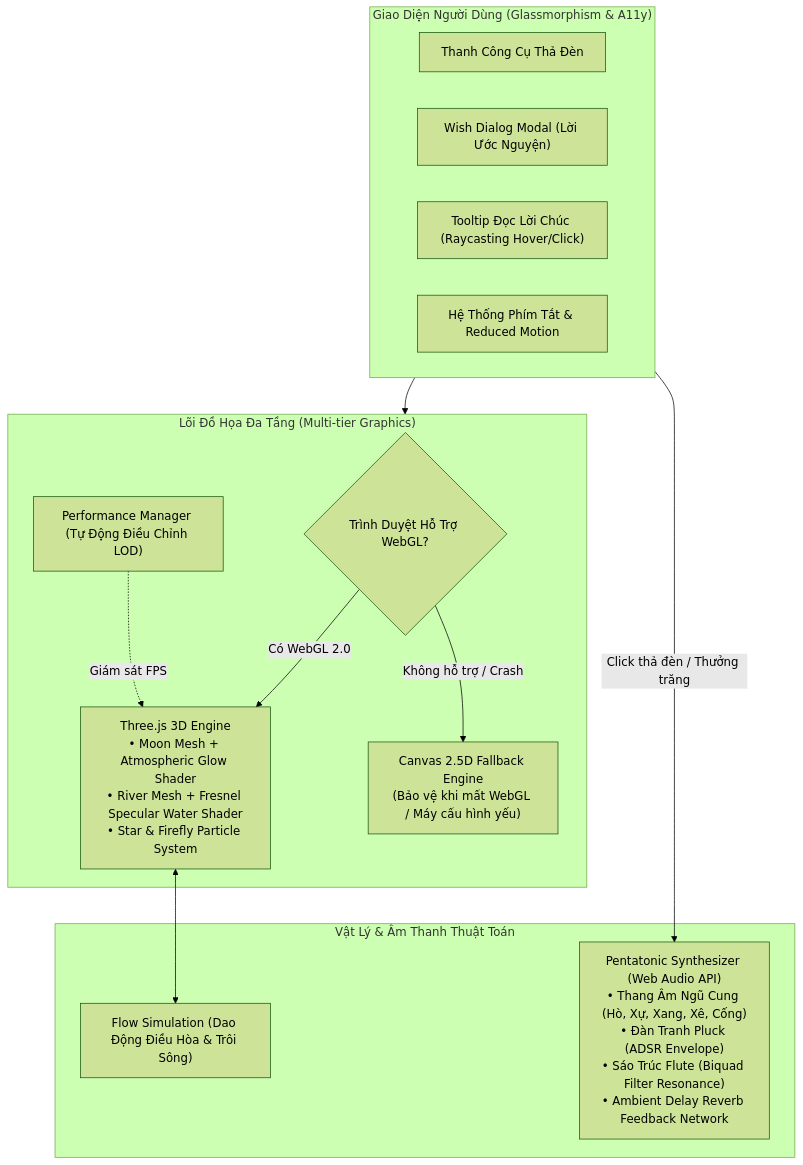
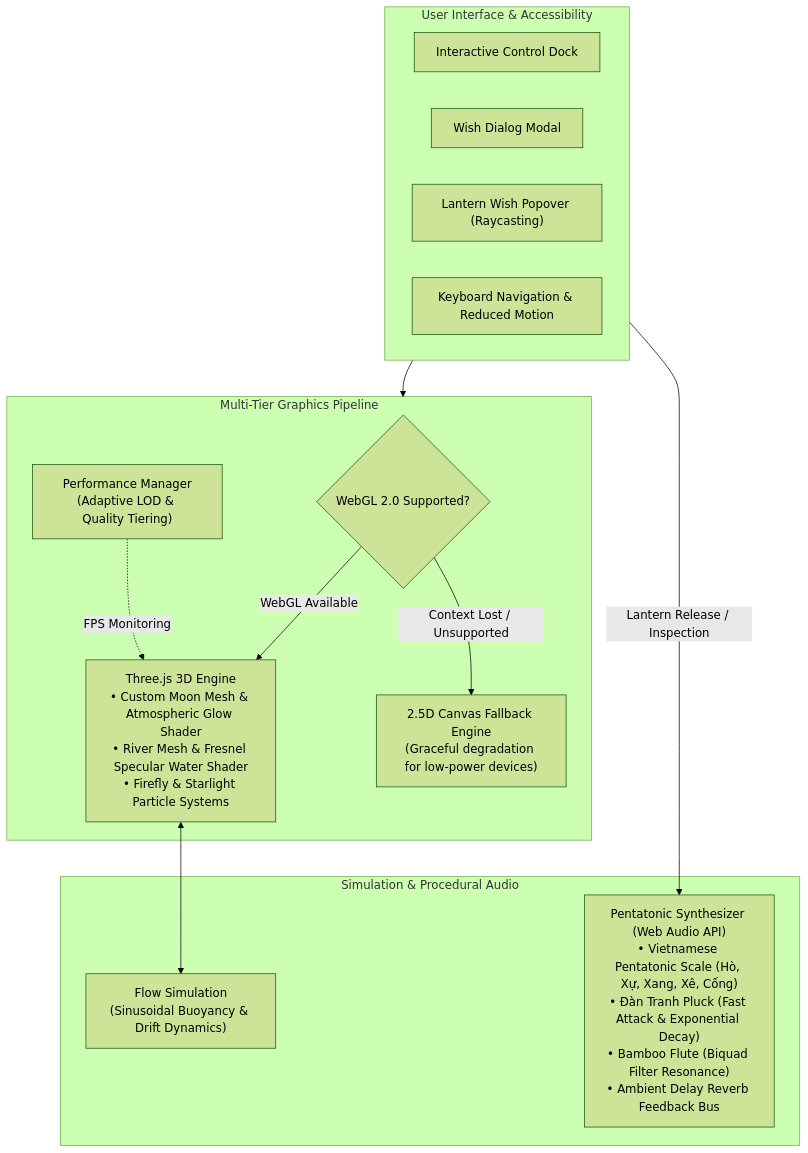
Before and after one commit to uit-25730067-chithanh/nguyet-da-dang-tieu: the diagram in README.md, drawn with Mermaid (forest theme). The commit also changed other lines of this file and 14 other files, not shown here.

````diff
--- a/README.md
+++ b/README.md
@@ -30,28 +51,28 @@
 ```mermaid
 flowchart TD
-    subgraph UI ["Giao Diện Người Dùng (Glassmorphism & A11y)"]
-        Dock["Thanh Công Cụ Thả Đèn"]
-        Modal["Wish Dialog Modal (Lời Ước Nguyện)"]
-        Popover["Tooltip Đọc Lời Chúc (Raycasting Hover/Click)"]
-        A11y["Hệ Thống Phím Tắt & Reduced Motion"]
+    subgraph UI ["User Interface & Accessibility"]
+        Dock["Interactive Control Dock"]
+        Modal["Wish Dialog Modal"]
+        Popover["Lantern Wish Popover (Raycasting)"]
+        A11y["Keyboard Navigation & Reduced Motion"]
     end
 
-    subgraph GraphicsEngine ["Lõi Đồ Họa Đa Tầng (Multi-tier Graphics)"]
-        Detect{"Trình Duyệt Hỗ Trợ WebGL?"}
-        ThreeScene["Three.js 3D Engine<br/>• Moon Mesh + Atmospheric Glow Shader<br/>• River Mesh + Fresnel Specular Water Shader<br/>• Star & Firefly Particle System"]
-        FallbackScene["Canvas 2.5D Fallback Engine<br/>(Bảo vệ khi mất WebGL / Máy cấu hình yếu)"]
-        Perf["Performance Manager (Tự Động Điều Chỉnh LOD)"]
+    subgraph GraphicsEngine ["Multi-Tier Graphics Pipeline"]
+        Detect{"WebGL 2.0 Supported?"}
+        ThreeScene["Three.js 3D Engine<br/>• Custom Moon Mesh & Atmospheric Glow Shader<br/>• River Mesh & Fresnel Specular Water Shader<br/>• Firefly & Starlight Particle Systems"]
+        FallbackScene["2.5D Canvas Fallback Engine<br/>(Graceful degradation for low-power devices)"]
+        Perf["Performance Manager<br/>(Adaptive LOD & Quality Tiering)"]
     end
 
-    subgraph PhysicsAudio ["Vật Lý & Âm Thanh Thuật Toán"]
-        Physics["Flow Simulation (Dao Động Điều Hòa & Trôi Sông)"]
-        Audio["Pentatonic Synthesizer (Web Audio API)<br/>• Thang Âm Ngũ Cung (Hò, Xự, Xang, Xê, Cống)<br/>• Đàn Tranh Pluck (ADSR Envelope)<br/>• Sáo Trúc Flute (Biquad Filter Resonance)<br/>• Ambient Delay Reverb Feedback Network"]
+    subgraph PhysicsAudio ["Simulation & Procedural Audio"]
+        Physics["Flow Simulation<br/>(Sinusoidal Buoyancy & Drift Dynamics)"]
+        Audio["Pentatonic Synthesizer (Web Audio API)<br/>• Vietnamese Pentatonic Scale (Hò, Xự, Xang, Xê, Cống)<br/>• Đàn Tranh Pluck (Fast Attack & Exponential Decay)<br/>• Bamboo Flute (Biquad Filter Resonance)<br/>• Ambient Delay Reverb Feedback Bus"]
     end
 
     UI --> GraphicsEngine
-    Detect -->|Có WebGL 2.0| ThreeScene
-    Detect -->|Không hỗ trợ / Crash| FallbackScene
+    Detect -->|WebGL Available| ThreeScene
+    Detect -->|Context Lost / Unsupported| FallbackScene
     ThreeScene <--> Physics
-    UI -->|Click thả đèn / Thưởng trăng| Audio
-    Perf -.->|Giám sát FPS| ThreeScene
+    UI -->|Lantern Release / Inspection| Audio
+    Perf -.->|FPS Monitoring| ThreeScene
 ```
````
